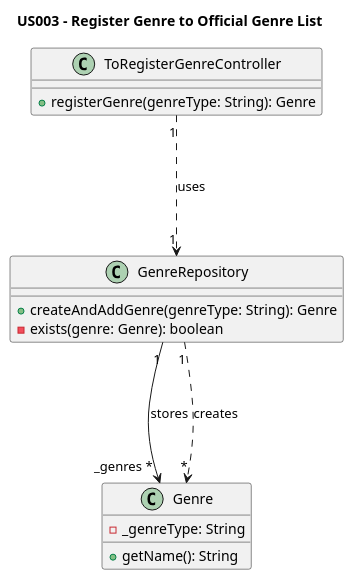
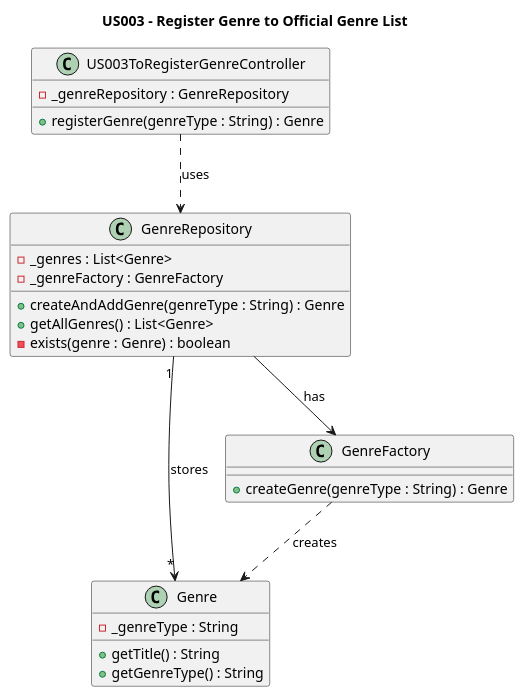
Before and after one commit to AndrePereiraGitH/SWitCH-Project-Team_A: the diagram in Diagrams/ClassDiagrams/US003-to-add-a-publication-genre-to-the-genre-list.puml, drawn with PlantUML. The commit also changed 7 other files, not shown here.

```diff
--- a/Diagrams/ClassDiagrams/US003-to-add-a-publication-genre-to-the-genre-list.puml
+++ b/Diagrams/ClassDiagrams/US003-to-add-a-publication-genre-to-the-genre-list.puml
@@ -1,25 +1,50 @@
 @startuml
 title US003 - Register Genre to Official Genre List
 
-class ToRegisterGenreController {
-  +registerGenre(genreType: String): Genre
+' _____________________
+' DOMAIN
+' _____________________
+
+class Genre {
+  - _genreType : String
+  + getTitle() : String
+  + getGenreType() : String
 }
 
-class GenreRepository {
-
-  +createAndAddGenre(genreType: String): Genre
-  -exists(genre: Genre): boolean
+class GenreFactory {
+  + createGenre(genreType : String) : Genre
 }
 
-class Genre {
-  -_genreType: String
-  +getName(): String
+GenreFactory ..> Genre : creates
+
+' ______________________
+' APPLICATION
+' ______________________
+
+class US003ToRegisterGenreController {
+  - _genreRepository : GenreRepository
+  + registerGenre(genreType : String) : Genre
 }
 
+' ___________________
+' PERSISTENCE
+' ___________________
 
-ToRegisterGenreController "1" -.-> "1" GenreRepository : uses
-GenreRepository "1" --> "_genres *" Genre : stores
-GenreRepository "1" -.-> "*" Genre : creates
+class GenreRepository {
+  - _genres : List<Genre>
+  - _genreFactory : GenreFactory
+  + createAndAddGenre(genreType : String) : Genre
+  + getAllGenres() : List<Genre>
+  - exists(genre : Genre) : boolean
+}
 
+GenreRepository "1" --> "*" Genre : stores
+
+' _____________________
+' DEPENDENCIES
+' _____________________
+
+US003ToRegisterGenreController ..> GenreRepository : uses
+GenreRepository --> GenreFactory : has
 
 @enduml
```
